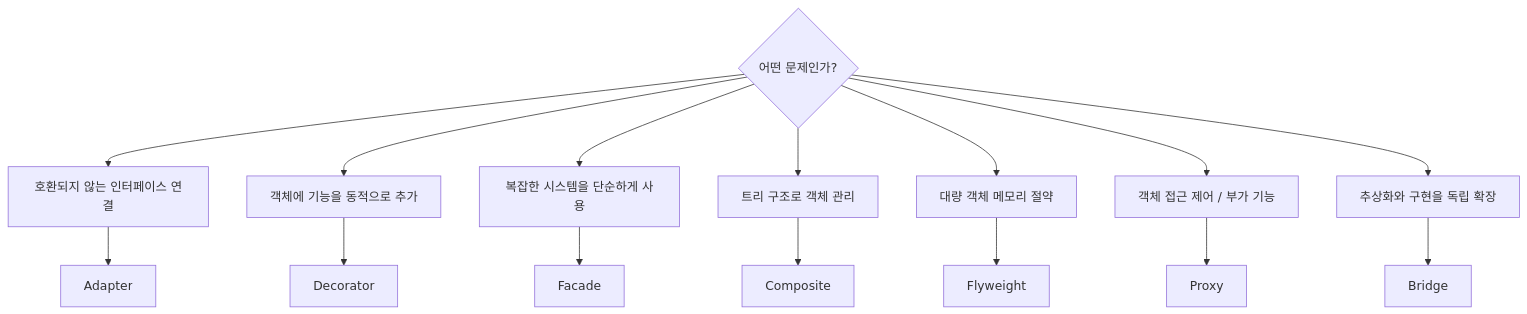
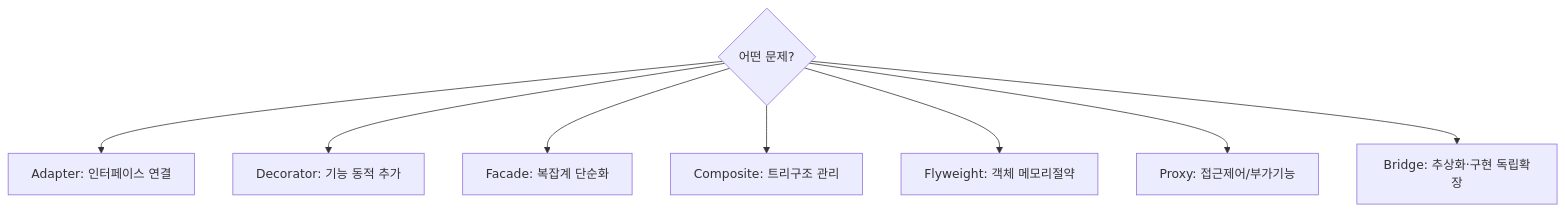
The seventh of 7 diagrams in _posts/designPattern/2022-01-25-DesignPattern.md (yjkim2015/yjkim2015.github.io), drawn with Mermaid before and after one commit. The commit also changed other lines of this file and 215 other files, not shown here.

First line of the commit message:
신규 포스트 10개 추가 + Mermaid 전면 축소 + SystemDesign 시리즈 보강

````diff
--- a/_posts/designPattern/2022-01-25-DesignPattern.md
+++ b/_posts/designPattern/2022-01-25-DesignPattern.md
@@ -323,19 +284,11 @@
 ```mermaid
 flowchart TD
-    Q{"어떤 문제인가?"}
-    Q --> A["호환되지 않는 인터페이스 연결"]
-    Q --> B["객체에 기능을 동적으로 추가"]
-    Q --> C["복잡한 시스템을 단순하게 사용"]
-    Q --> D["트리 구조로 객체 관리"]
-    Q --> E["대량 객체 메모리 절약"]
-    Q --> F["객체 접근 제어 / 부가 기능"]
-    Q --> G["추상화와 구현을 독립 확장"]
-
-    A --> A1["Adapter"]
-    B --> B1["Decorator"]
-    C --> C1["Facade"]
-    D --> D1["Composite"]
-    E --> E1["Flyweight"]
-    F --> F1["Proxy"]
-    G --> G1["Bridge"]
+    Q{"어떤 문제?"}
+    Q --> A1["Adapter: 인터페이스 연결"]
+    Q --> B1["Decorator: 기능 동적 추가"]
+    Q --> C1["Facade: 복잡계 단순화"]
+    Q --> D1["Composite: 트리구조 관리"]
+    Q --> E1["Flyweight: 객체 메모리절약"]
+    Q --> F1["Proxy: 접근제어/부가기능"]
+    Q --> G1["Bridge: 추상화·구현 독립확장"]
 ```
````
